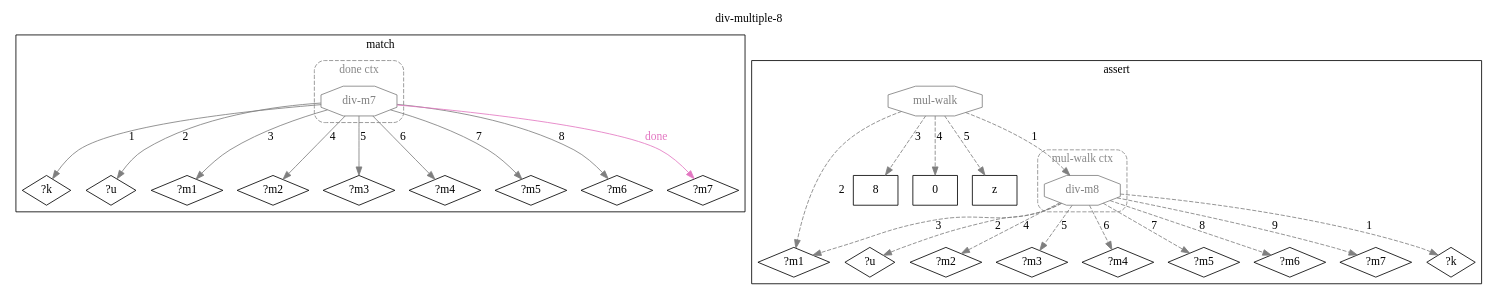
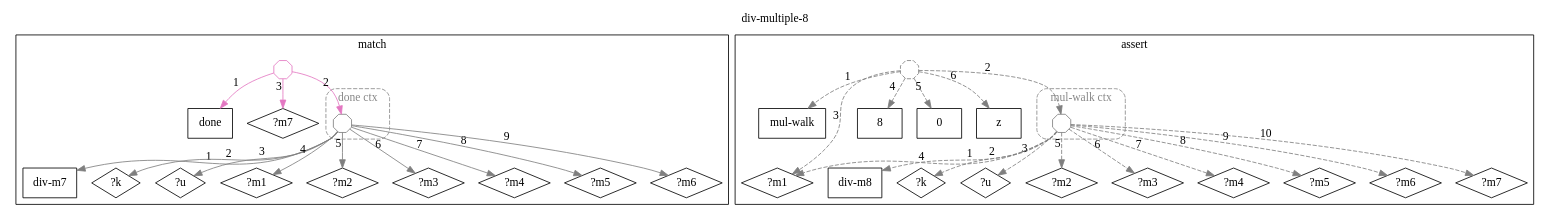
One commit to agutikov/ein changed the diagram in docs/ein/user/04-reference/04-stdlib/diagrams/09-std.math.decimal-arith.div-multiple-8.dot. Above: the diagram before and after it, drawn with Graphviz. The commit also changed 1083 other files, not shown here.

```diff
--- a/docs/ein/user/04-reference/04-stdlib/diagrams/09-std.math.decimal-arith.div-multiple-8.dot
+++ b/docs/ein/user/04-reference/04-stdlib/diagrams/09-std.math.decimal-arith.div-multiple-8.dot
@@ -1,61 +1,71 @@
 digraph rule_div_multiple_8_lhs_rhs {
   rankdir=TB;
   label="div-multiple-8"; labelloc=t;
   subgraph cluster_lhs { label="match";
+    "done_L" [label="done", shape=box];
+    "div-m7_L" [label="div-m7", shape=box];
     "?k_L" [label="?k", shape=diamond];
     "?u_L" [label="?u", shape=diamond];
     "?m1_L" [label="?m1", shape=diamond];
     "?m2_L" [label="?m2", shape=diamond];
     "?m3_L" [label="?m3", shape=diamond];
     "?m4_L" [label="?m4", shape=diamond];
     "?m5_L" [label="?m5", shape=diamond];
     "?m6_L" [label="?m6", shape=diamond];
     "?m7_L" [label="?m7", shape=diamond];
     subgraph cluster_ctx_L_0 {
       label="done ctx"; style="dashed,rounded"; color="#888888"; fontcolor="#888888";
-      "(div-m7 ?k ?u ?m1 ?m2 ?m3 ?m4 ?m5 ?m6)_L" [shape=octagon, label="div-m7", color="#7f7f7f", fontcolor="#7f7f7f"];
+      "(div-m7 ?k ?u ?m1 ?m2 ?m3 ?m4 ?m5 ?m6)_L" [shape=octagon, label="", width=0.3, height=0.3, fixedsize=true, color="#7f7f7f"];
     }
-    "(div-m7 ?k ?u ?m1 ?m2 ?m3 ?m4 ?m5 ?m6)_L" -> "?m7_L" [label="done", color="#e377c2", fontcolor="#e377c2"];
-    "(div-m7 ?k ?u ?m1 ?m2 ?m3 ?m4 ?m5 ?m6)_L" -> "?k_L" [label="1", color="#7f7f7f"];
-    "(div-m7 ?k ?u ?m1 ?m2 ?m3 ?m4 ?m5 ?m6)_L" -> "?u_L" [label="2", color="#7f7f7f"];
-    "(div-m7 ?k ?u ?m1 ?m2 ?m3 ?m4 ?m5 ?m6)_L" -> "?m1_L" [label="3", color="#7f7f7f"];
-    "(div-m7 ?k ?u ?m1 ?m2 ?m3 ?m4 ?m5 ?m6)_L" -> "?m2_L" [label="4", color="#7f7f7f"];
-    "(div-m7 ?k ?u ?m1 ?m2 ?m3 ?m4 ?m5 ?m6)_L" -> "?m3_L" [label="5", color="#7f7f7f"];
-    "(div-m7 ?k ?u ?m1 ?m2 ?m3 ?m4 ?m5 ?m6)_L" -> "?m4_L" [label="6", color="#7f7f7f"];
-    "(div-m7 ?k ?u ?m1 ?m2 ?m3 ?m4 ?m5 ?m6)_L" -> "?m5_L" [label="7", color="#7f7f7f"];
-    "(div-m7 ?k ?u ?m1 ?m2 ?m3 ?m4 ?m5 ?m6)_L" -> "?m6_L" [label="8", color="#7f7f7f"];
+    "h1_done_L" [shape=octagon, label="", width=0.3, height=0.3, fixedsize=true, color="#e377c2"];
+    "h1_done_L" -> "done_L" [xlabel="1", color="#e377c2"];
+    "h1_done_L" -> "(div-m7 ?k ?u ?m1 ?m2 ?m3 ?m4 ?m5 ?m6)_L" [xlabel="2", color="#e377c2"];
+    "h1_done_L" -> "?m7_L" [xlabel="3", color="#e377c2"];
+    "(div-m7 ?k ?u ?m1 ?m2 ?m3 ?m4 ?m5 ?m6)_L" -> "div-m7_L" [xlabel="1", color="#7f7f7f"];
+    "(div-m7 ?k ?u ?m1 ?m2 ?m3 ?m4 ?m5 ?m6)_L" -> "?k_L" [xlabel="2", color="#7f7f7f"];
+    "(div-m7 ?k ?u ?m1 ?m2 ?m3 ?m4 ?m5 ?m6)_L" -> "?u_L" [xlabel="3", color="#7f7f7f"];
+    "(div-m7 ?k ?u ?m1 ?m2 ?m3 ?m4 ?m5 ?m6)_L" -> "?m1_L" [xlabel="4", color="#7f7f7f"];
+    "(div-m7 ?k ?u ?m1 ?m2 ?m3 ?m4 ?m5 ?m6)_L" -> "?m2_L" [xlabel="5", color="#7f7f7f"];
+    "(div-m7 ?k ?u ?m1 ?m2 ?m3 ?m4 ?m5 ?m6)_L" -> "?m3_L" [xlabel="6", color="#7f7f7f"];
+    "(div-m7 ?k ?u ?m1 ?m2 ?m3 ?m4 ?m5 ?m6)_L" -> "?m4_L" [xlabel="7", color="#7f7f7f"];
+    "(div-m7 ?k ?u ?m1 ?m2 ?m3 ?m4 ?m5 ?m6)_L" -> "?m5_L" [xlabel="8", color="#7f7f7f"];
+    "(div-m7 ?k ?u ?m1 ?m2 ?m3 ?m4 ?m5 ?m6)_L" -> "?m6_L" [xlabel="9", color="#7f7f7f"];
   }
   subgraph cluster_rhs { label="assert";
+    "mul-walk_R" [label="mul-walk", shape=box];
+    "div-m8_R" [label="div-m8", shape=box];
     "?k_R" [label="?k", shape=diamond];
     "?u_R" [label="?u", shape=diamond];
     "?m1_R" [label="?m1", shape=diamond];
     "?m2_R" [label="?m2", shape=diamond];
     "?m3_R" [label="?m3", shape=diamond];
     "?m4_R" [label="?m4", shape=diamond];
     "?m5_R" [label="?m5", shape=diamond];
     "?m6_R" [label="?m6", shape=diamond];
     "?m7_R" [label="?m7", shape=diamond];
-    "8_R" [label="8", shape=rectangle];
-    "0_R" [label="0", shape=rectangle];
-    "z_R" [label="z", shape=rectangle];
+    "8_R" [label="8", shape=box];
+    "0_R" [label="0", shape=box];
+    "z_R" [label="z", shape=box];
     subgraph cluster_ctx_R_0 {
       label="mul-walk ctx"; style="dashed,rounded"; color="#888888"; fontcolor="#888888";
-      "(div-m8 ?k ?u ?m1 ?m2 ?m3 ?m4 ?m5 ?m6 ?m7)_R" [shape=octagon, label="div-m8", color="#7f7f7f", fontcolor="#7f7f7f"];
+      "(div-m8 ?k ?u ?m1 ?m2 ?m3 ?m4 ?m5 ?m6 ?m7)_R" [shape=octagon, label="", width=0.3, height=0.3, fixedsize=true, color="#7f7f7f"];
     }
-    "h1_mul-walk_R" [shape=octagon, label="mul-walk", color="#7f7f7f", fontcolor="#7f7f7f"];
-    "h1_mul-walk_R" -> "(div-m8 ?k ?u ?m1 ?m2 ?m3 ?m4 ?m5 ?m6 ?m7)_R" [label="1", color="#7f7f7f", style=dashed];
-    "h1_mul-walk_R" -> "?m1_R" [label="2", color="#7f7f7f", style=dashed];
-    "h1_mul-walk_R" -> "8_R" [label="3", color="#7f7f7f", style=dashed];
-    "h1_mul-walk_R" -> "0_R" [label="4", color="#7f7f7f", style=dashed];
-    "h1_mul-walk_R" -> "z_R" [label="5", color="#7f7f7f", style=dashed];
-    "(div-m8 ?k ?u ?m1 ?m2 ?m3 ?m4 ?m5 ?m6 ?m7)_R" -> "?k_R" [label="1", color="#7f7f7f", style=dashed];
-    "(div-m8 ?k ?u ?m1 ?m2 ?m3 ?m4 ?m5 ?m6 ?m7)_R" -> "?u_R" [label="2", color="#7f7f7f", style=dashed];
-    "(div-m8 ?k ?u ?m1 ?m2 ?m3 ?m4 ?m5 ?m6 ?m7)_R" -> "?m1_R" [label="3", color="#7f7f7f", style=dashed];
-    "(div-m8 ?k ?u ?m1 ?m2 ?m3 ?m4 ?m5 ?m6 ?m7)_R" -> "?m2_R" [label="4", color="#7f7f7f", style=dashed];
-    "(div-m8 ?k ?u ?m1 ?m2 ?m3 ?m4 ?m5 ?m6 ?m7)_R" -> "?m3_R" [label="5", color="#7f7f7f", style=dashed];
-    "(div-m8 ?k ?u ?m1 ?m2 ?m3 ?m4 ?m5 ?m6 ?m7)_R" -> "?m4_R" [label="6", color="#7f7f7f", style=dashed];
-    "(div-m8 ?k ?u ?m1 ?m2 ?m3 ?m4 ?m5 ?m6 ?m7)_R" -> "?m5_R" [label="7", color="#7f7f7f", style=dashed];
-    "(div-m8 ?k ?u ?m1 ?m2 ?m3 ?m4 ?m5 ?m6 ?m7)_R" -> "?m6_R" [label="8", color="#7f7f7f", style=dashed];
-    "(div-m8 ?k ?u ?m1 ?m2 ?m3 ?m4 ?m5 ?m6 ?m7)_R" -> "?m7_R" [label="9", color="#7f7f7f", style=dashed];
+    "h2_mul-walk_R" [shape=octagon, label="", width=0.3, height=0.3, fixedsize=true, color="#7f7f7f", style=dashed];
+    "h2_mul-walk_R" -> "mul-walk_R" [xlabel="1", color="#7f7f7f", style=dashed];
+    "h2_mul-walk_R" -> "(div-m8 ?k ?u ?m1 ?m2 ?m3 ?m4 ?m5 ?m6 ?m7)_R" [xlabel="2", color="#7f7f7f", style=dashed];
+    "h2_mul-walk_R" -> "?m1_R" [xlabel="3", color="#7f7f7f", style=dashed];
+    "h2_mul-walk_R" -> "8_R" [xlabel="4", color="#7f7f7f", style=dashed];
+    "h2_mul-walk_R" -> "0_R" [xlabel="5", color="#7f7f7f", style=dashed];
+    "h2_mul-walk_R" -> "z_R" [xlabel="6", color="#7f7f7f", style=dashed];
+    "(div-m8 ?k ?u ?m1 ?m2 ?m3 ?m4 ?m5 ?m6 ?m7)_R" -> "div-m8_R" [xlabel="1", color="#7f7f7f", style=dashed];
+    "(div-m8 ?k ?u ?m1 ?m2 ?m3 ?m4 ?m5 ?m6 ?m7)_R" -> "?k_R" [xlabel="2", color="#7f7f7f", style=dashed];
+    "(div-m8 ?k ?u ?m1 ?m2 ?m3 ?m4 ?m5 ?m6 ?m7)_R" -> "?u_R" [xlabel="3", color="#7f7f7f", style=dashed];
+    "(div-m8 ?k ?u ?m1 ?m2 ?m3 ?m4 ?m5 ?m6 ?m7)_R" -> "?m1_R" [xlabel="4", color="#7f7f7f", style=dashed];
+    "(div-m8 ?k ?u ?m1 ?m2 ?m3 ?m4 ?m5 ?m6 ?m7)_R" -> "?m2_R" [xlabel="5", color="#7f7f7f", style=dashed];
+    "(div-m8 ?k ?u ?m1 ?m2 ?m3 ?m4 ?m5 ?m6 ?m7)_R" -> "?m3_R" [xlabel="6", color="#7f7f7f", style=dashed];
+    "(div-m8 ?k ?u ?m1 ?m2 ?m3 ?m4 ?m5 ?m6 ?m7)_R" -> "?m4_R" [xlabel="7", color="#7f7f7f", style=dashed];
+    "(div-m8 ?k ?u ?m1 ?m2 ?m3 ?m4 ?m5 ?m6 ?m7)_R" -> "?m5_R" [xlabel="8", color="#7f7f7f", style=dashed];
+    "(div-m8 ?k ?u ?m1 ?m2 ?m3 ?m4 ?m5 ?m6 ?m7)_R" -> "?m6_R" [xlabel="9", color="#7f7f7f", style=dashed];
+    "(div-m8 ?k ?u ?m1 ?m2 ?m3 ?m4 ?m5 ?m6 ?m7)_R" -> "?m7_R" [xlabel="10", color="#7f7f7f", style=dashed];
   }
 }
```
